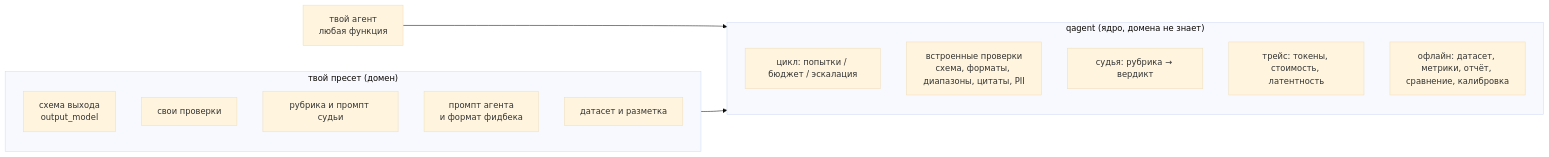
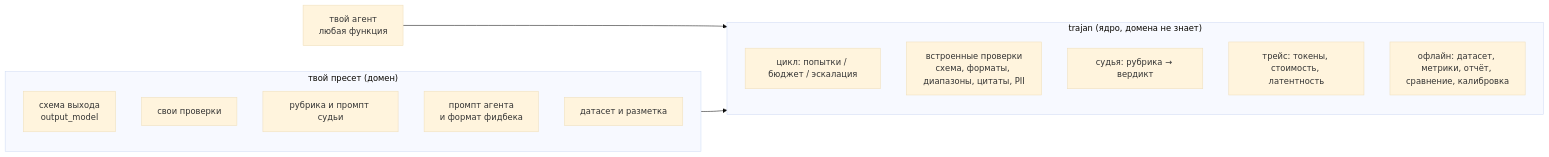
Before and after one commit to wizzhomie/pantheon: the first of 2 diagrams in trajan/docs/design.md, drawn with Mermaid (base theme). The commit also changed other lines of this file and 216 other files, not shown here.

````diff
--- a/trajan/docs/design.md
+++ b/trajan/docs/design.md
@@ -33,21 +33,21 @@
 ```mermaid
 flowchart LR
-    subgraph core["qagent (ядро, домена не знает)"]
+    subgraph core["trajan (ядро, домена не знает)"]
         direction TB
         L[цикл: попытки / бюджет / эскалация]
         C[встроенные проверки<br/>схема, форматы, диапазоны, цитаты, PII]
         J[судья: рубрика → вердикт]
         T[трейс: токены, стоимость, латентность]
         E[офлайн: датасет, метрики, отчёт, сравнение, калибровка]
     end
     subgraph preset["твой пресет (домен)"]
         direction TB
         S[схема выхода<br/>output_model]
         K[свои проверки]
         R[рубрика и промпт судьи]
         P[промпт агента<br/>и формат фидбека]
         D[датасет и разметка]
     end
     A[твой агент<br/>любая функция] --> core
     preset --> core
 ```
````
